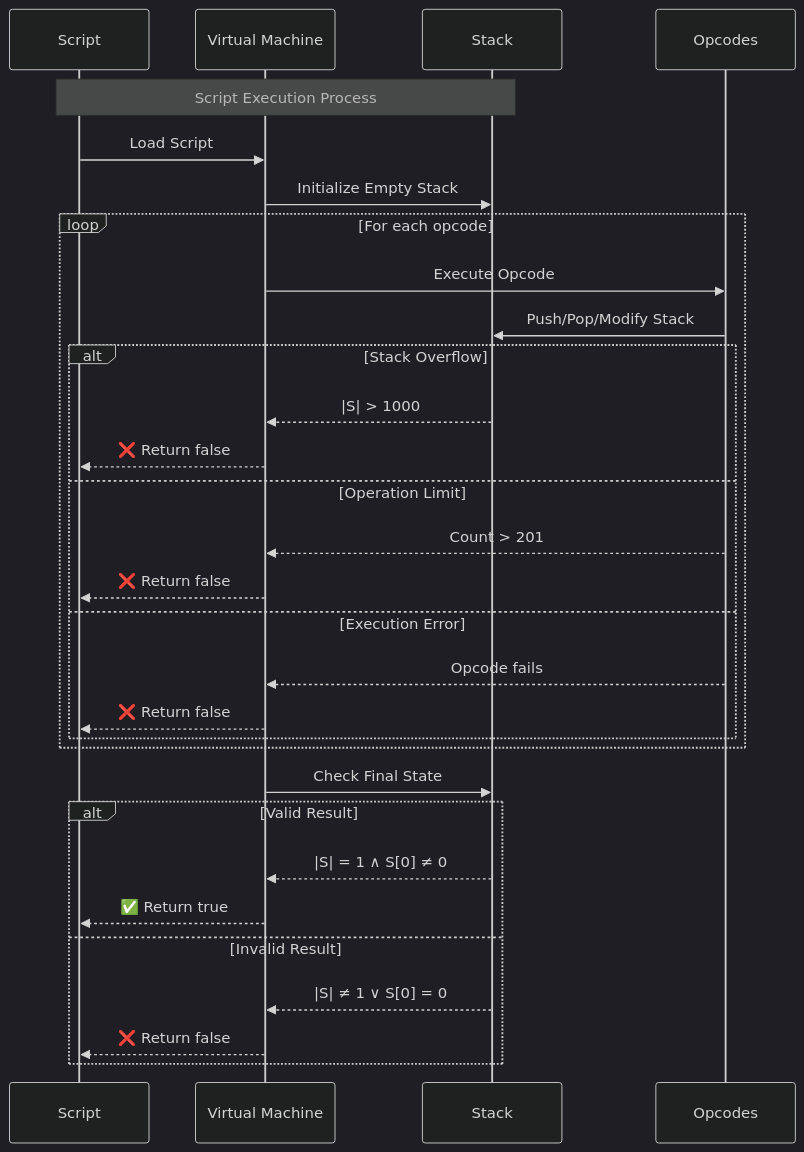
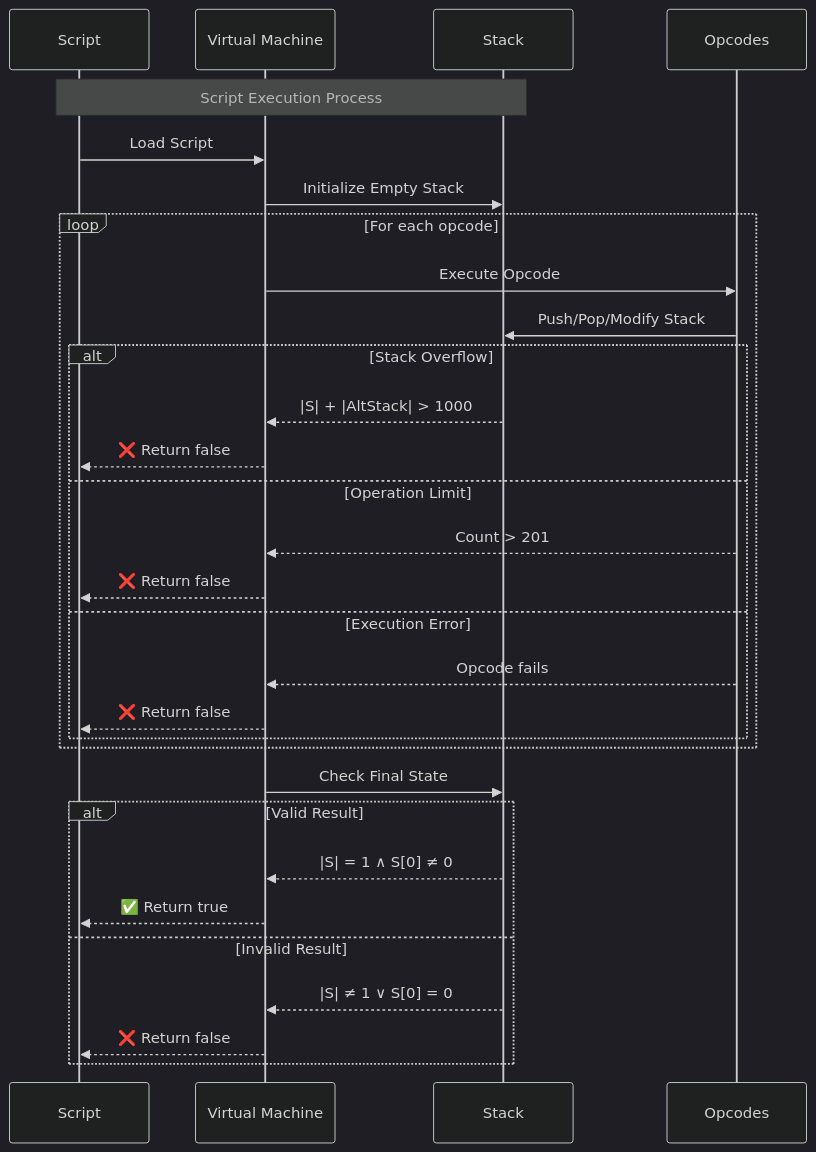
One commit to BTCDecoded/blvm-spec changed the second of 9 diagrams in THE_ORANGE_PAPER.md. Above: the diagram before and after it, drawn with Mermaid (dark theme). The commit also changed other lines of this file and 1 other file, not shown here.

````diff
--- a/THE_ORANGE_PAPER.md
+++ b/THE_ORANGE_PAPER.md
@@ -353,37 +402,37 @@
 ```mermaid
 sequenceDiagram
     participant S as Script
     participant VM as Virtual Machine
     participant ST as Stack
     participant O as Opcodes
     
     Note over S,ST: Script Execution Process
     
     S->>VM: Load Script
     VM->>ST: Initialize Empty Stack
     
     loop For each opcode
         VM->>O: Execute Opcode
         O->>ST: Push/Pop/Modify Stack
         
         alt Stack Overflow
-            ST-->>VM: |S| > 1000
+            ST-->>VM: |S| + |AltStack| > 1000
             VM-->>S: ❌ Return false
         else Operation Limit
             O-->>VM: Count > 201
             VM-->>S: ❌ Return false
         else Execution Error
             O-->>VM: Opcode fails
             VM-->>S: ❌ Return false
         end
     end
     
     VM->>ST: Check Final State
     alt Valid Result
         ST-->>VM: |S| = 1 ∧ S[0] ≠ 0
         VM-->>S: ✅ Return true
     else Invalid Result
         ST-->>VM: |S| ≠ 1 ∨ S[0] = 0
         VM-->>S: ❌ Return false
     end
 ```
````
